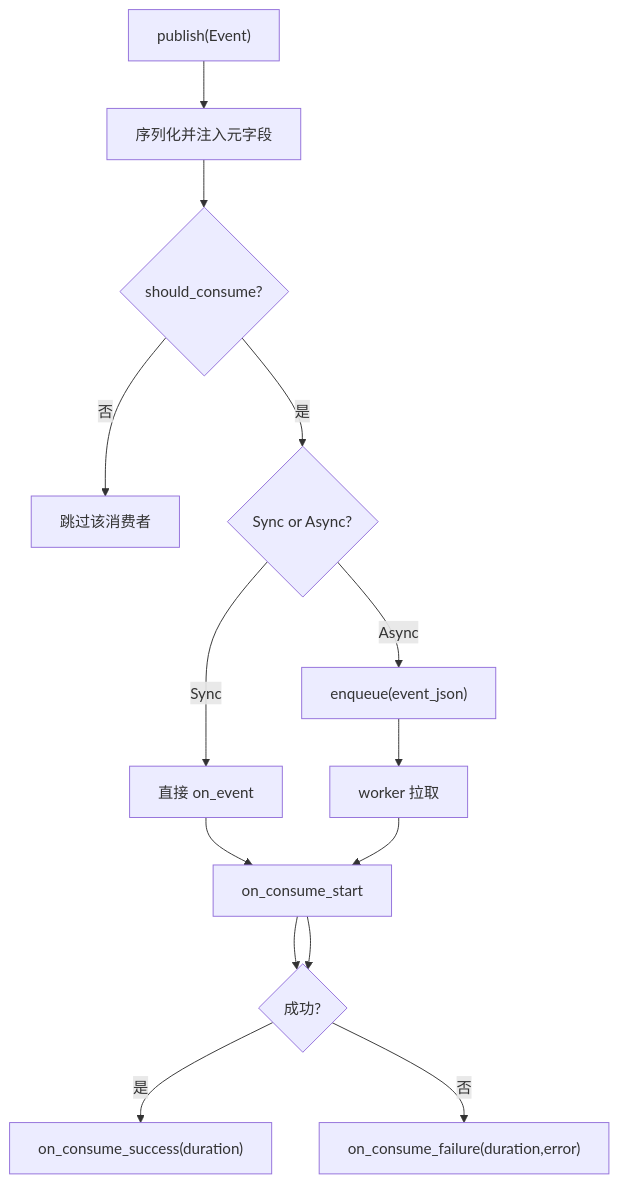
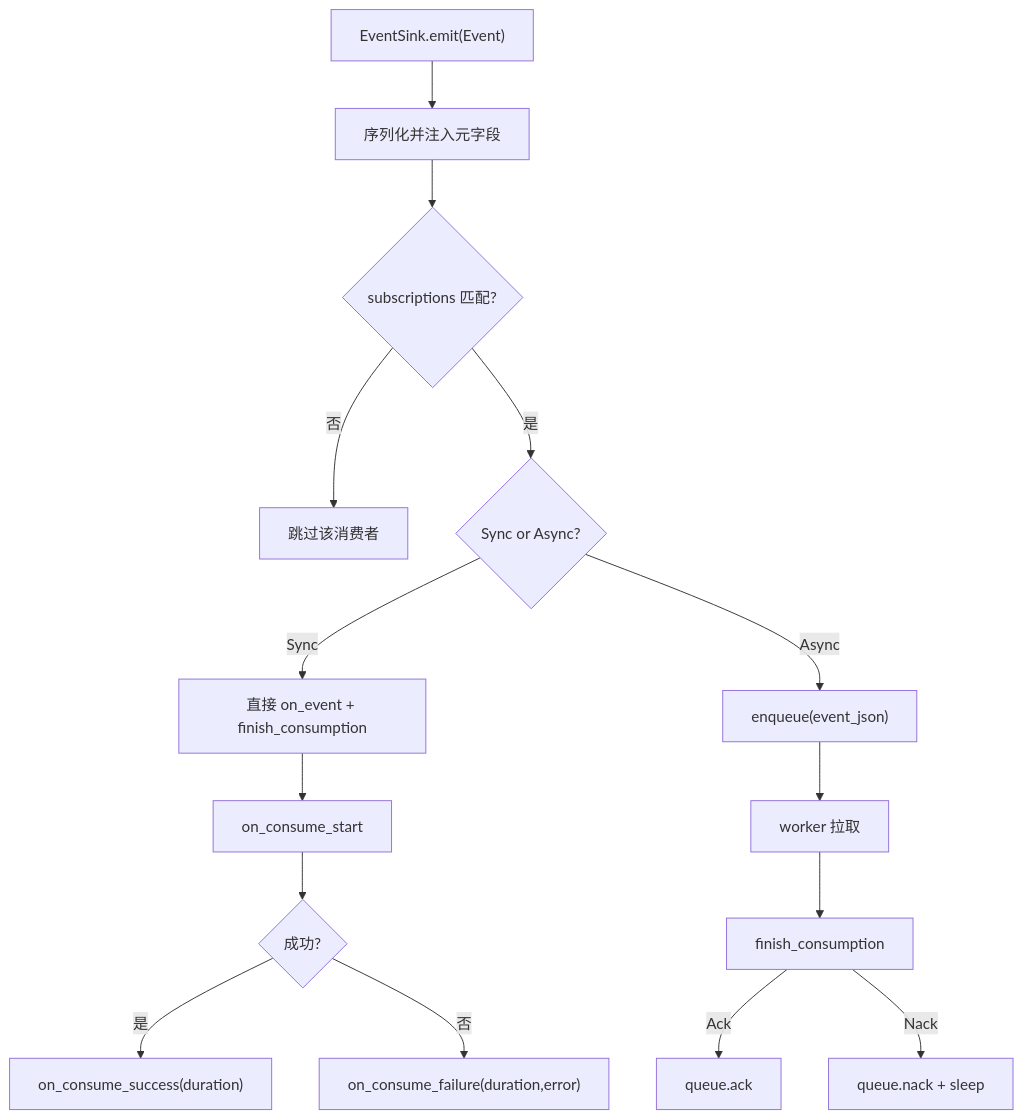
One commit to runningcoders/ai_orz changed the sixth of 7 diagrams in docs/wiki/zh/content/基础设施/AOP 事件系统/AOP 核心架构/事件系统核心.md. Above: the diagram before and after it, drawn with Mermaid. The commit also changed other lines of this file and 37 other files, not shown here.

````diff
--- a/docs/wiki/zh/content/基础设施/AOP 事件系统/AOP 核心架构/事件系统核心.md
+++ b/docs/wiki/zh/content/基础设施/AOP 事件系统/AOP 核心架构/事件系统核心.md
@@ -253,16 +271,17 @@
 ```mermaid
-flowchart TD
-Publish["publish(Event)"] --> Serialize["序列化并注入元字段"]
-Serialize --> Filter{"should_consume?"}
+graph TB
+Publish["EventSink.emit(Event)"] --> Serialize["序列化并注入元字段"]
+Serialize --> Filter{"subscriptions 匹配?"}
 Filter --> |否| Skip["跳过该消费者"]
 Filter --> |是| Mode{"Sync or Async?"}
-Mode --> |Sync| SyncProc["直接 on_event"]
+Mode --> |Sync| SyncProc["直接 on_event + finish_consumption"]
 Mode --> |Async| Enq["enqueue(event_json)"]
 SyncProc --> HookStart["on_consume_start"]
 HookStart --> Result{"成功?"}
 Result --> |是| HookOk["on_consume_success(duration)"]
 Result --> |否| HookErr["on_consume_failure(duration,error)"]
 Enq --> Worker["worker 拉取"]
-Worker --> HookStart
-HookStart --> Result
+Worker --> Finish["finish_consumption"]
+Finish --> |Ack| AckQ["queue.ack"]
+Finish --> |Nack| NackQ["queue.nack + sleep"]
 ```
````
